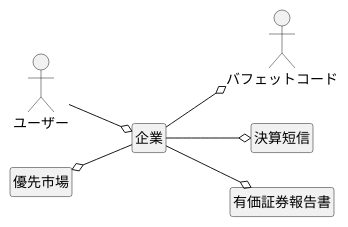
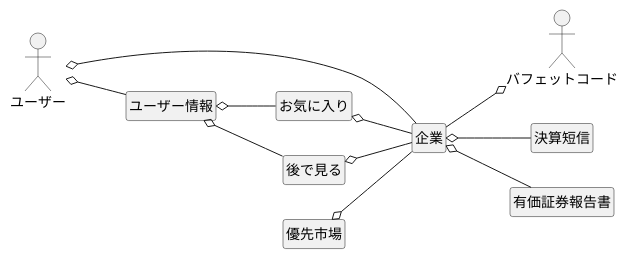
The diagram in docs/v1.0.0/domain_model.plantuml (seiha-tsuge/smart-alpha), drawn with PlantUML before and after one commit.

Commit message:
ドメインモデルの更新

```diff
--- a/docs/v1.0.0/domain_model.plantuml
+++ b/docs/v1.0.0/domain_model.plantuml
@@ -1,21 +1,29 @@
 @startuml Domain Model
 left to right direction
 
 hide circle
 hide members
 
 mix_actor ユーザー
 mix_actor バフェットコード
 
 class 優先市場
 class 企業
 class 決算短信
 class 有価証券報告書
+class お気に入り
+class 後で見る
+class ユーザー情報 
 
-ユーザー --o 企業
-企業 --o 決算短信
-企業 --o 有価証券報告書
+ユーザー o-- ユーザー情報
+ユーザー情報 o-- お気に入り
+ユーザー情報 o-- 後で見る
+ユーザー o-- 企業
+企業 o-- 決算短信
+企業 o-- 有価証券報告書
 優先市場 o-- 企業
+お気に入り o-- 企業
+後で見る o-- 企業
 企業 --o バフェットコード
 
 @enduml
```
